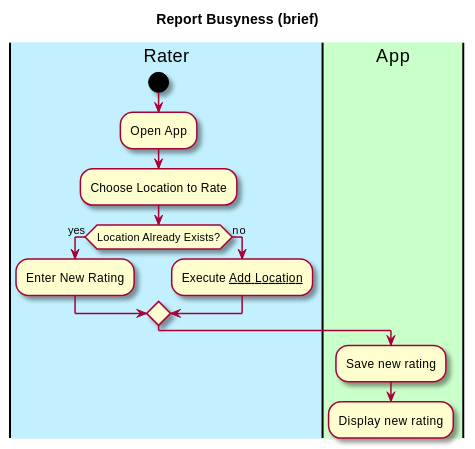
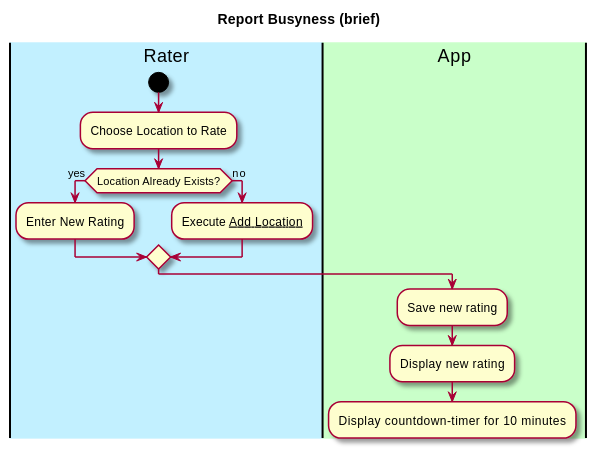
Before and after one commit to manoushpajouh/Vassar-Crowdmeter: the diagram in intellij/documentation/use_cases/report_busyness.md, drawn with PlantUML. The commit also changed other lines of this file, not shown here.

Commit message:
incorporate feedback changes

````diff
--- a/intellij/documentation/use_cases/report_busyness.md
+++ b/intellij/documentation/use_cases/report_busyness.md
@@ -32,27 +30,27 @@
 ```plantuml
 @startuml
 
 skin rose
 
 title Report Busyness (brief)
 
 'define the lanes
 |#application|Rater|
 |#technology|App|
 
 |Rater|
 start
-:Open App;
 :Choose Location to Rate;
 if (Location Already Exists?) then (yes)
 :Enter New Rating;
 else (no)
 :Execute __Add Location__;
 endif
 
 
 |App|
 :Save new rating;
 :Display new rating;
+:Display countdown-timer for 10 minutes;
 @enduml
 ```
````
